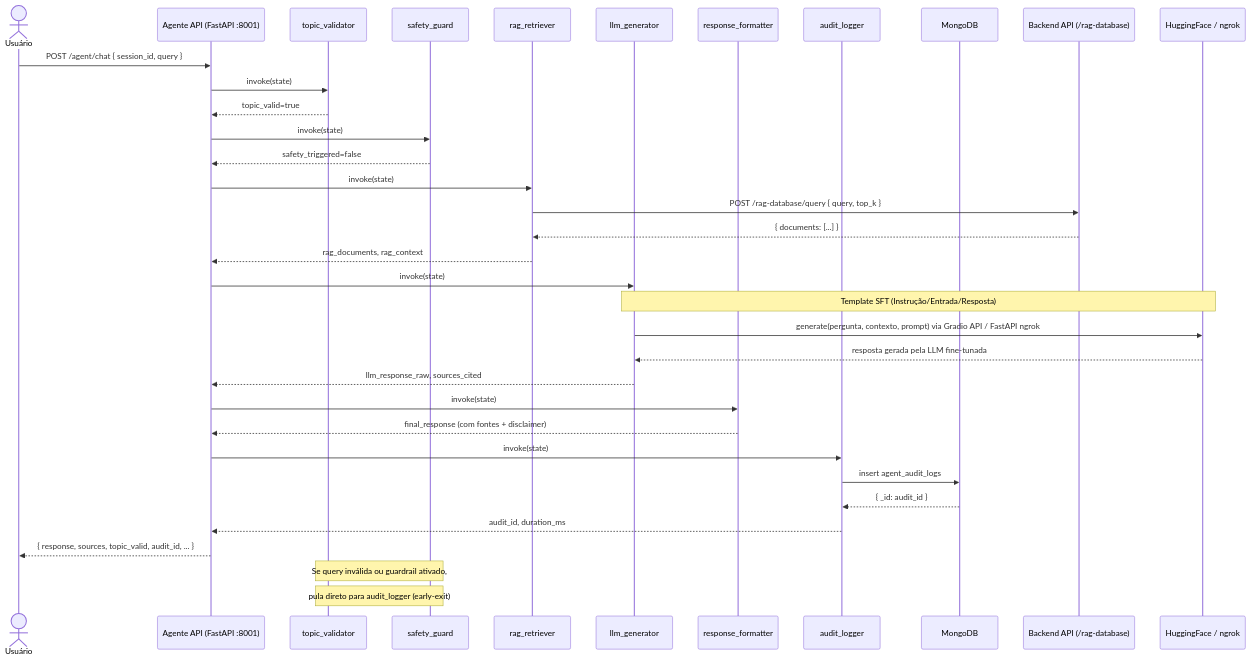
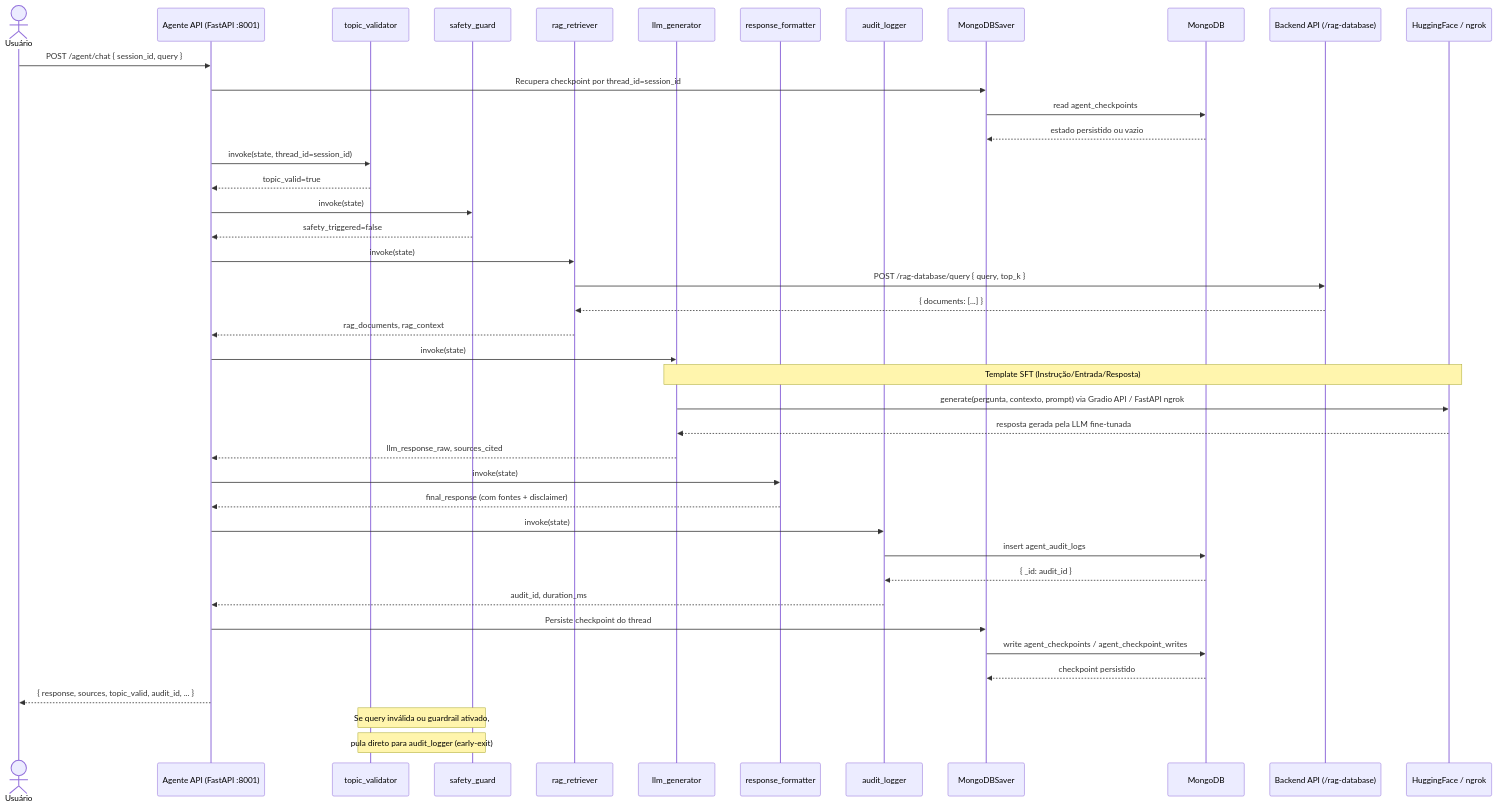
The sixth of 6 diagrams in docs/architecture/README.md (vagner-nascimento/fiap-pos-ia-para-devs-fase3-tech-challenge), drawn with Mermaid before and after one commit. The commit also changed other lines of this file and 10 other files, not shown here.

Commit message:
adicionado mongoDB saver no agent

````diff
--- a/docs/architecture/README.md
+++ b/docs/architecture/README.md
@@ -275,39 +275,46 @@
 ```mermaid
 sequenceDiagram
     actor U as Usuário
     participant API as Agente API (FastAPI :8001)
     participant TV as topic_validator
     participant SG as safety_guard
     participant RAG as rag_retriever
     participant LLM as llm_generator
     participant FMT as response_formatter
     participant AUD as audit_logger
+    participant CP as MongoDBSaver
     participant DB as MongoDB
     participant BE as Backend API (/rag-database)
     participant HF as HuggingFace / ngrok
 
     U->>API: POST /agent/chat { session_id, query }
-    API->>TV: invoke(state)
+    API->>CP: Recupera checkpoint por thread_id=session_id
+    CP->>DB: read agent_checkpoints
+    DB-->>CP: estado persistido ou vazio
+    API->>TV: invoke(state, thread_id=session_id)
     TV-->>API: topic_valid=true
     API->>SG: invoke(state)
     SG-->>API: safety_triggered=false
     API->>RAG: invoke(state)
     RAG->>BE: POST /rag-database/query { query, top_k }
     BE-->>RAG: { documents: [...] }
     RAG-->>API: rag_documents, rag_context
     API->>LLM: invoke(state)
     Note over LLM,HF: Template SFT (Instrução/Entrada/Resposta)
     LLM->>HF: generate(pergunta, contexto, prompt) via Gradio API / FastAPI ngrok
     HF-->>LLM: resposta gerada pela LLM fine-tunada
     LLM-->>API: llm_response_raw, sources_cited
     API->>FMT: invoke(state)
     FMT-->>API: final_response (com fontes + disclaimer)
     API->>AUD: invoke(state)
     AUD->>DB: insert agent_audit_logs
     DB-->>AUD: { _id: audit_id }
     AUD-->>API: audit_id, duration_ms
+    API->>CP: Persiste checkpoint do thread
+    CP->>DB: write agent_checkpoints / agent_checkpoint_writes
+    DB-->>CP: checkpoint persistido
     API-->>U: { response, sources, topic_valid, audit_id, ... }
 
     Note over TV,SG: Se query inválida ou guardrail ativado,
     Note over TV,SG: pula direto para audit_logger (early-exit)
 ```
````
